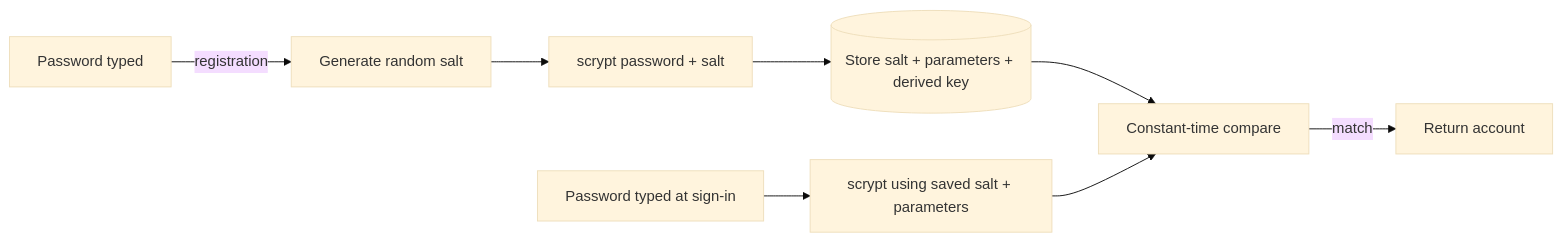
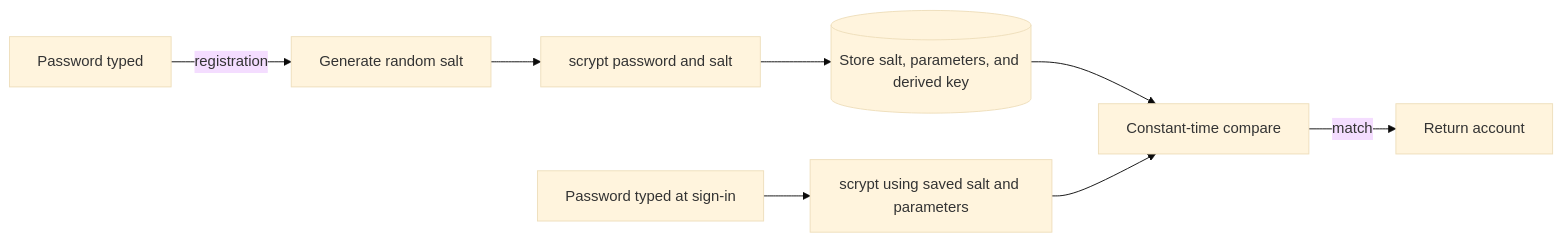
One commit to chamanthmvs/AstroWeave changed the second of 5 diagrams in docs/book/08-accounts-and-history.md. Above: the diagram before and after it, drawn with Mermaid (base theme). The commit also changed other lines of this file and 10 other files, not shown here.

````diff
--- a/docs/book/08-accounts-and-history.md
+++ b/docs/book/08-accounts-and-history.md
@@ -59,10 +71,10 @@
 ```mermaid
 flowchart LR
-    Password[Password typed] -->|registration| Salt[Generate random salt]
-    Salt --> Scrypt[scrypt password + salt]
-    Scrypt --> Hash[(Store salt + parameters + derived key)]
-    Password2[Password typed at sign-in] --> Recompute[scrypt using saved salt + parameters]
-    Hash --> Compare[Constant-time compare]
-    Recompute --> Compare
-    Compare -->|match| User[Return account]
+  Password["Password typed"] -->|registration| Salt["Generate random salt"]
+  Salt --> Scrypt["scrypt password and salt"]
+  Scrypt --> Hash[("Store salt, parameters, and derived key")]
+  Password2["Password typed at sign-in"] --> Recompute["scrypt using saved salt and parameters"]
+  Hash --> Compare["Constant-time compare"]
+  Recompute --> Compare
+  Compare -->|match| User["Return account"]
 ```
````
